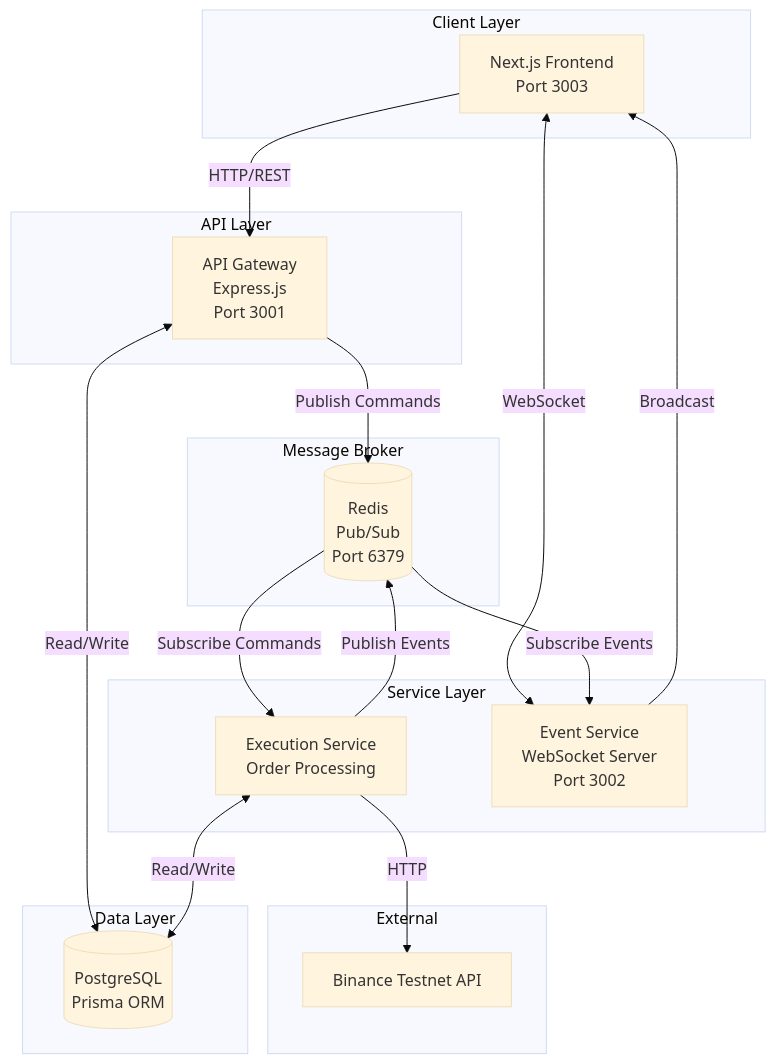
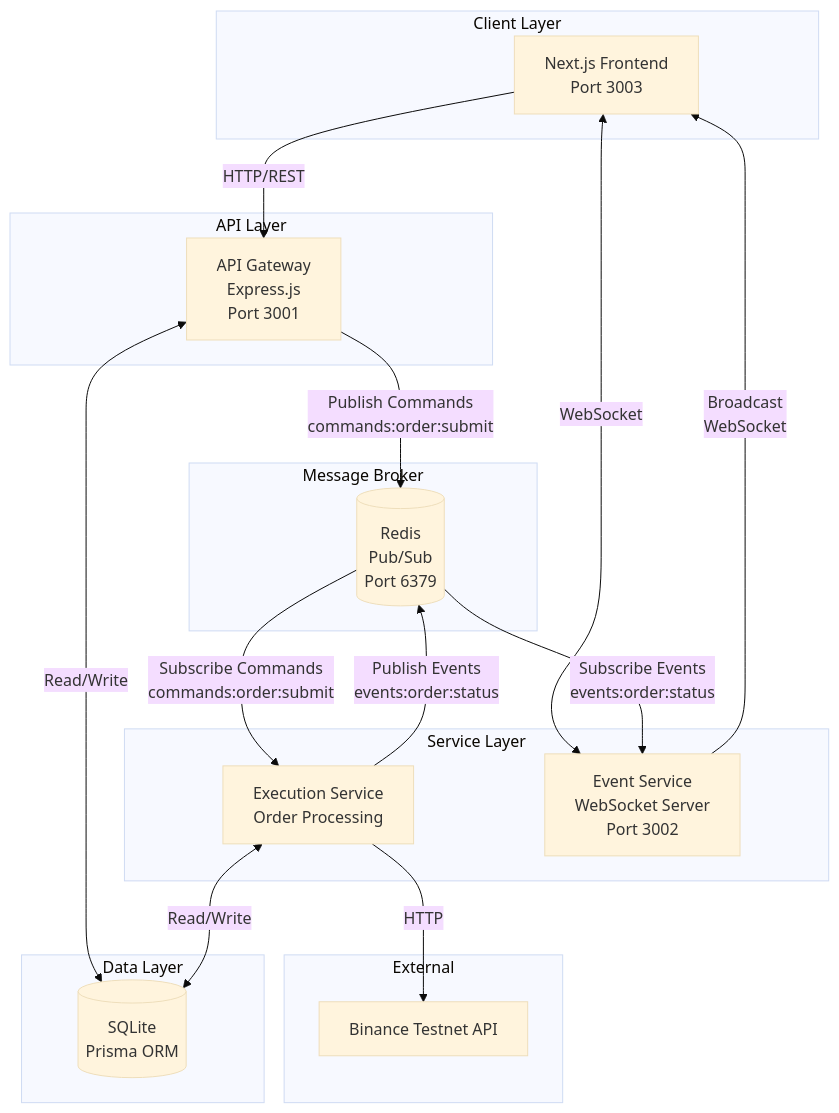
One commit to RupeshAmbavane/Numatix changed the diagram in README.md. Above: the diagram before and after it, drawn with Mermaid (base theme).

Commit message:
fixed the inaccuracies in the diagram

````diff
--- a/README.md
+++ b/README.md
@@ -32,38 +32,38 @@
 ```mermaid
 graph TB
     subgraph "Client Layer"
         UI[Next.js Frontend<br/>Port 3003]
     end
     
     subgraph "API Layer"
         GW[API Gateway<br/>Express.js<br/>Port 3001]
     end
     
     subgraph "Message Broker"
         REDIS[(Redis<br/>Pub/Sub<br/>Port 6379)]
     end
     
     subgraph "Service Layer"
         EXEC[Execution Service<br/>Order Processing]
         EVENT[Event Service<br/>WebSocket Server<br/>Port 3002]
     end
     
     subgraph "External"
         BINANCE[Binance Testnet API]
     end
     
     subgraph "Data Layer"
-        DB[(PostgreSQL<br/>Prisma ORM)]
+        DB[(SQLite<br/>Prisma ORM)]
     end
     
     UI -->|HTTP/REST| GW
     UI <-->|WebSocket| EVENT
-    GW -->|Publish Commands| REDIS
+    GW -->|Publish Commands<br/>commands:order:submit| REDIS
     GW <-->|Read/Write| DB
-    REDIS -->|Subscribe Commands| EXEC
+    REDIS -->|Subscribe Commands<br/>commands:order:submit| EXEC
     EXEC -->|HTTP| BINANCE
-    EXEC -->|Publish Events| REDIS
-    REDIS -->|Subscribe Events| EVENT
-    EVENT -->|Broadcast| UI
+    EXEC -->|Publish Events<br/>events:order:status| REDIS
+    REDIS -->|Subscribe Events<br/>events:order:status| EVENT
+    EVENT -->|Broadcast<br/>WebSocket| UI
     EXEC <-->|Read/Write| DB
 ```
````
